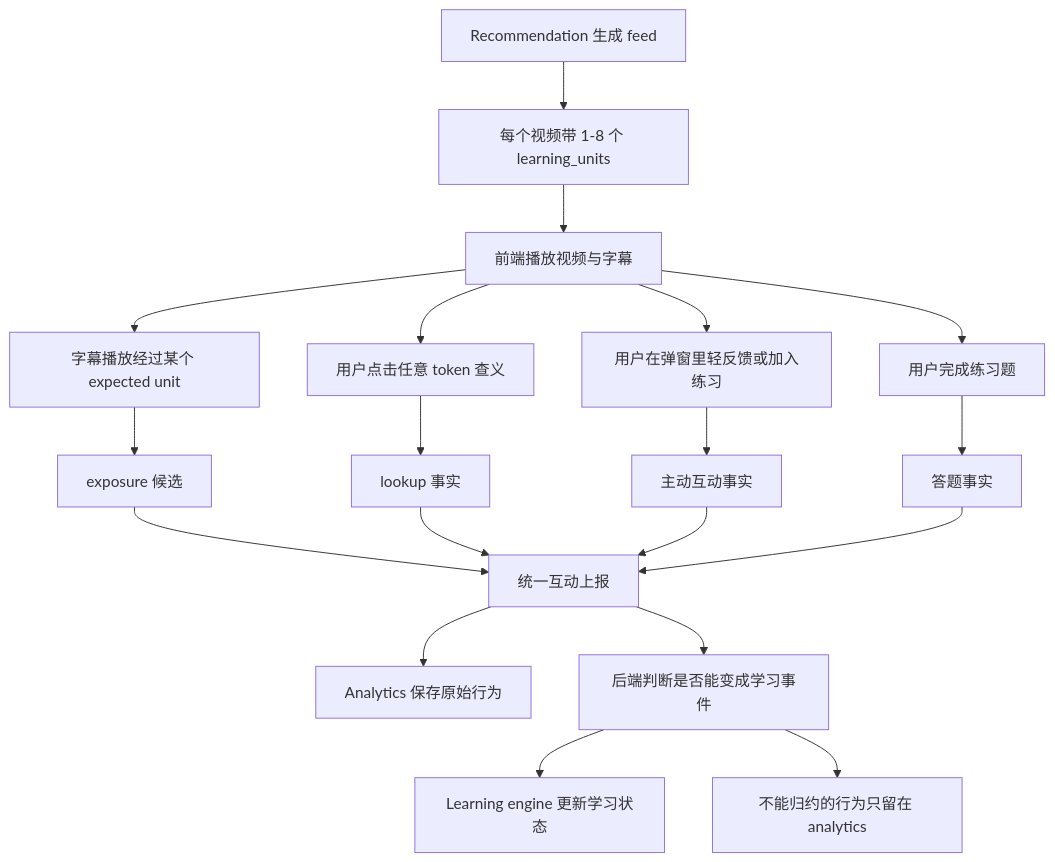
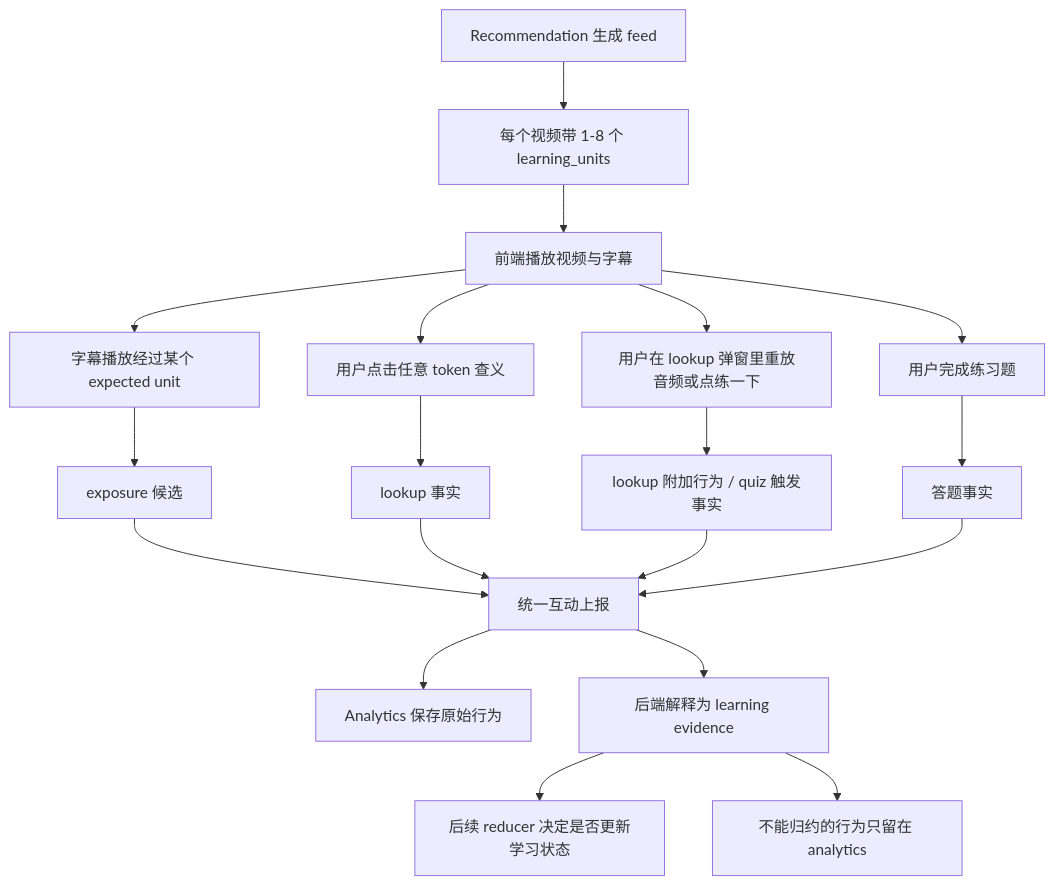
The first of 13 diagrams in docs/学习互动信号语义设计.md (bionicotaku/learning-video-recommendation-system), drawn with Mermaid before and after one commit. The commit also changed other lines of this file and 5 other files, not shown here.

````diff
--- a/docs/学习互动信号语义设计.md
+++ b/docs/学习互动信号语义设计.md
@@ -29,26 +32,26 @@
 ```mermaid
 flowchart TD
     A["Recommendation 生成 feed"] --> B["每个视频带 1-8 个 learning_units"]
     B --> C["前端播放视频与字幕"]
 
     C --> D1["字幕播放经过某个 expected unit"]
     C --> D2["用户点击任意 token 查义"]
-    C --> D3["用户在弹窗里轻反馈或加入练习"]
+    C --> D3["用户在 lookup 弹窗里重放音频或点练一下"]
     C --> D4["用户完成练习题"]
 
     D1 --> E["exposure 候选"]
     D2 --> F["lookup 事实"]
-    D3 --> G["主动互动事实"]
+    D3 --> G["lookup 附加行为 / quiz 触发事实"]
     D4 --> Q["答题事实"]
 
     E --> H["统一互动上报"]
     F --> H
     G --> H
     Q --> H
 
     H --> I["Analytics 保存原始行为"]
-    H --> J["后端判断是否能变成学习事件"]
+    H --> J["后端解释为 learning evidence"]
 
-    J --> K["Learning engine 更新学习状态"]
+    J --> K["后续 reducer 决定是否更新学习状态"]
     J --> L["不能归约的行为只留在 analytics"]
 ```
````
